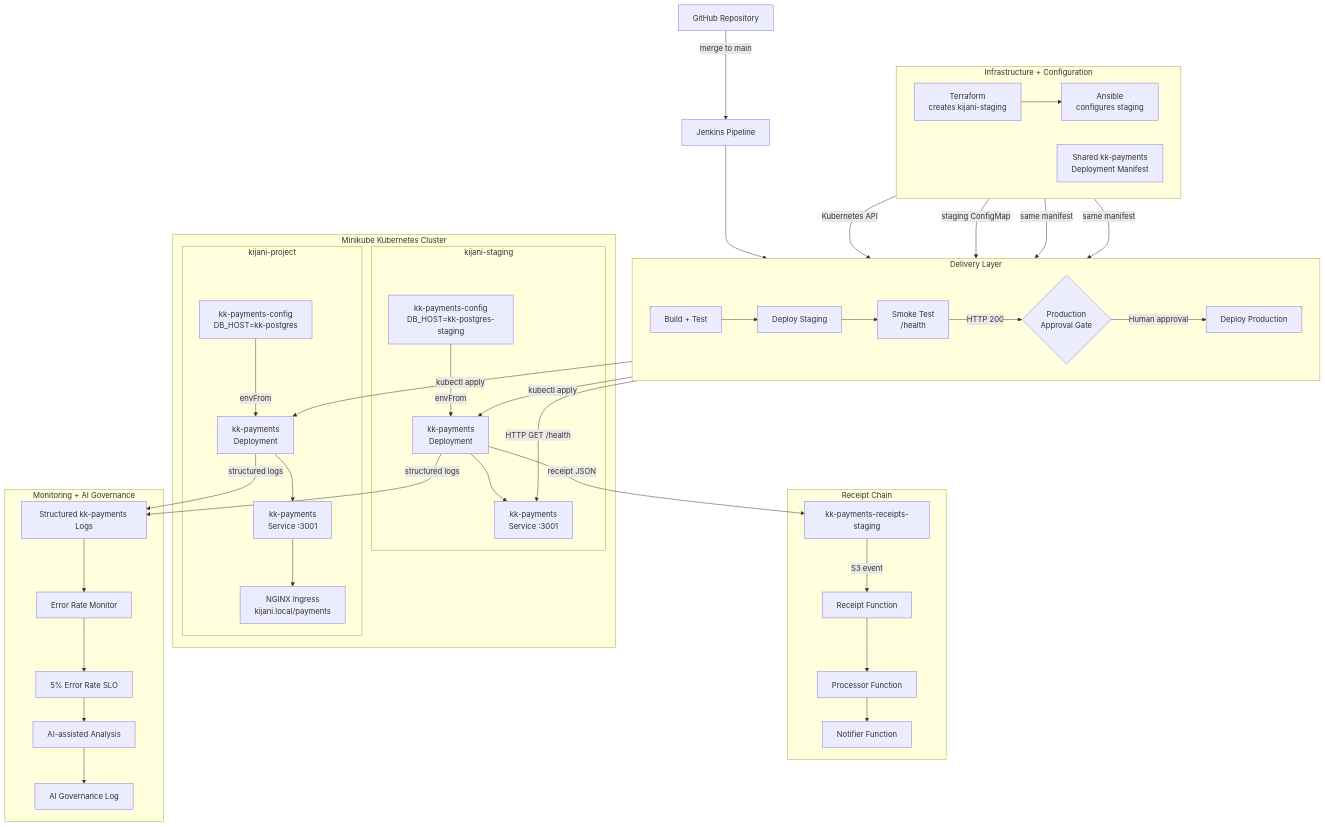
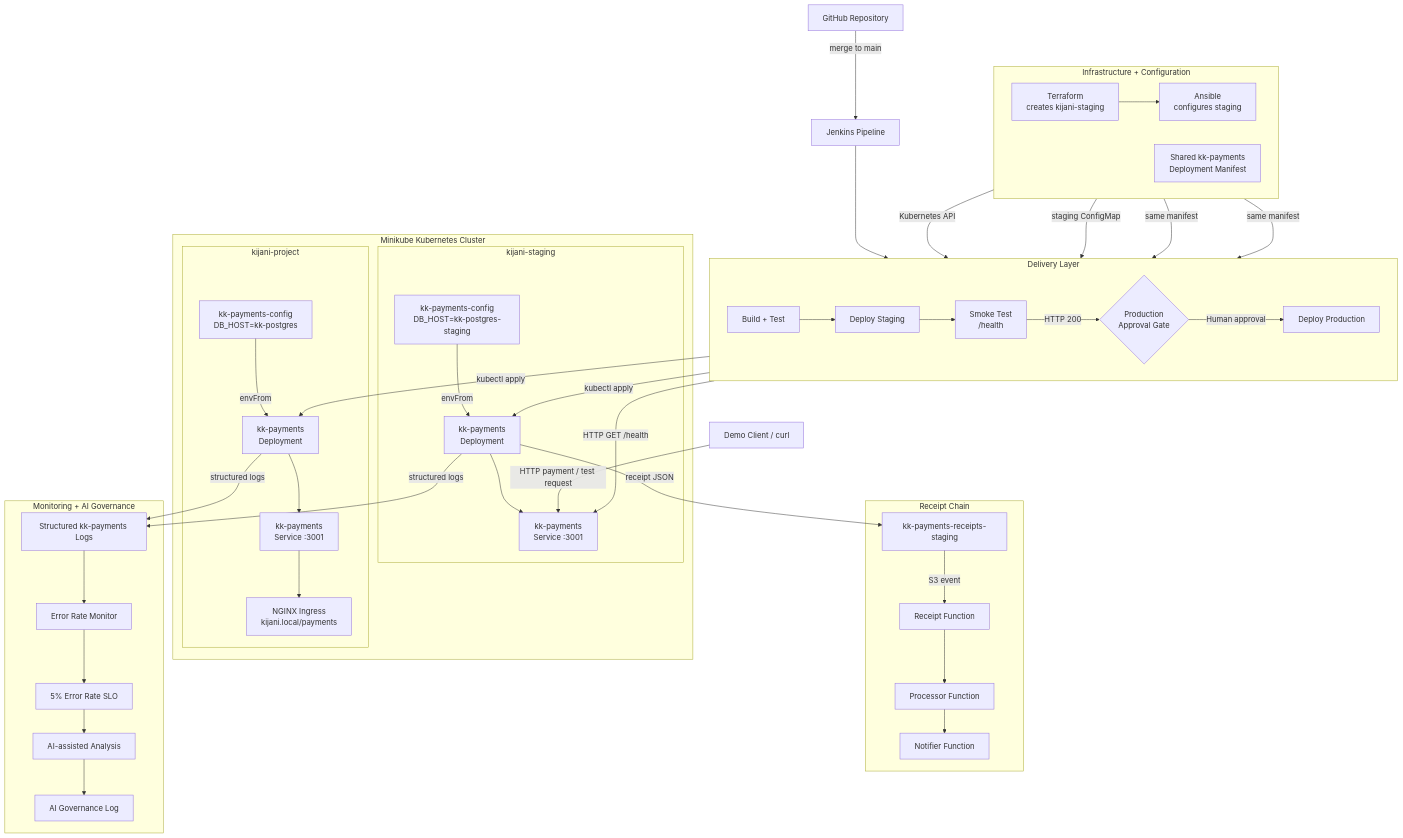
The diagram in docs/architecture.mmd (Louie-Mimo/kijanikiosk-devops), drawn with Mermaid before and after one commit. The commit also changed 2 other files, not shown here.

Commit message:
docs: add staging request flow to capstone architecture

```diff
--- a/docs/architecture.mmd
+++ b/docs/architecture.mmd
@@ -1,92 +1,96 @@
 flowchart TB
 
     GH["GitHub Repository"]
     J["Jenkins Pipeline"]
 
     GH -->|merge to main| J
 
     subgraph DELIVERY["Delivery Layer"]
         direction LR
         CI["Build + Test"]
         STAGE["Deploy Staging"]
         SMOKE["Smoke Test<br/>/health"]
         APPROVAL{"Production<br/>Approval Gate"}
         PRODDEPLOY["Deploy Production"]
 
         CI --> STAGE
         STAGE --> SMOKE
         SMOKE -->|HTTP 200| APPROVAL
         APPROVAL -->|Human approval| PRODDEPLOY
     end
 
     J --> CI
 
     subgraph INFRA["Infrastructure + Configuration"]
         direction LR
         TF["Terraform<br/>creates kijani-staging"]
         AN["Ansible<br/>configures staging"]
         SHARED["Shared kk-payments<br/>Deployment Manifest"]
 
         TF --> AN
     end
 
     TF -->|Kubernetes API| STAGE
     AN -->|staging ConfigMap| STAGE
     SHARED -->|same manifest| STAGE
     SHARED -->|same manifest| PRODDEPLOY
 
     subgraph K8S["Minikube Kubernetes Cluster"]
 
         subgraph STAGING["kijani-staging"]
             SCFG["kk-payments-config<br/>DB_HOST=kk-postgres-staging"]
             SDEP["kk-payments<br/>Deployment"]
             SSVC["kk-payments<br/>Service :3001"]
 
             SCFG -->|envFrom| SDEP
             SDEP --> SSVC
         end
 
         subgraph PRODUCTION["kijani-project"]
             PCFG["kk-payments-config<br/>DB_HOST=kk-postgres"]
             PDEP["kk-payments<br/>Deployment"]
             PSVC["kk-payments<br/>Service :3001"]
             ING["NGINX Ingress<br/>kijani.local/payments"]
 
             PCFG -->|envFrom| PDEP
             PDEP --> PSVC
             PSVC --> ING
         end
     end
 
+    CLIENT["Demo Client / curl"]
+
+    CLIENT -->|HTTP payment / test request| SSVC
+
     STAGE -->|kubectl apply| SDEP
     SMOKE -->|HTTP GET /health| SSVC
     PRODDEPLOY -->|kubectl apply| PDEP
 
     subgraph RECEIPTS["Receipt Chain"]
         BUCKET["kk-payments-receipts-staging"]
         RECEIPT["Receipt Function"]
         PROCESS["Processor Function"]
         NOTIFY["Notifier Function"]
 
         BUCKET -->|S3 event| RECEIPT
         RECEIPT --> PROCESS
         PROCESS --> NOTIFY
     end
 
     SDEP -->|receipt JSON| BUCKET
 
     subgraph MONITORING["Monitoring + AI Governance"]
         LOGS["Structured kk-payments Logs"]
         MON["Error Rate Monitor"]
         SLO["5% Error Rate SLO"]
         AI["AI-assisted Analysis"]
         GOV["AI Governance Log"]
 
         LOGS --> MON
         MON --> SLO
         SLO --> AI
         AI --> GOV
     end
 
     SDEP -->|structured logs| LOGS
     PDEP -->|structured logs| LOGS
```
